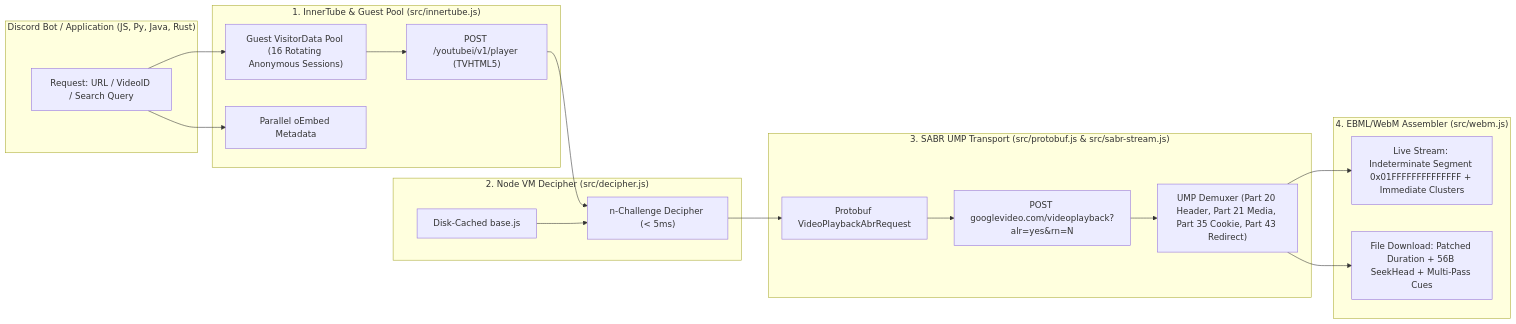
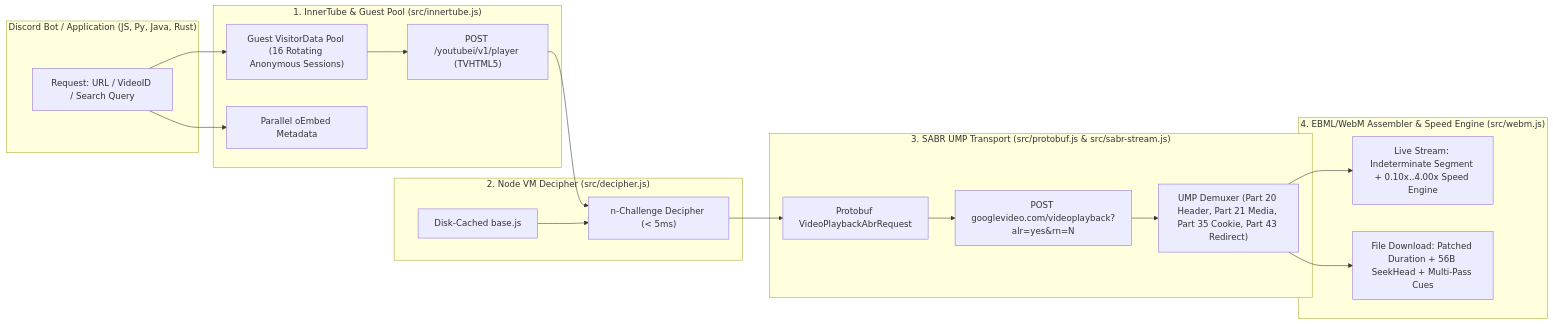
One commit to yt-dlm/ytdlm changed the diagram in README.md. Above: the diagram before and after it, drawn with Mermaid. The commit also changed other lines of this file and 17 other files, not shown here.

````diff
--- a/README.md
+++ b/README.md
@@ -53,35 +54,35 @@
 ```mermaid
 flowchart LR
     subgraph Client["Discord Bot / Application (JS, Py, Java, Rust)"]
         A["Request: URL / VideoID / Search Query"]
     end
 
     subgraph Innertube["1. InnerTube & Guest Pool (src/innertube.js)"]
         B["Guest VisitorData Pool (16 Rotating Anonymous Sessions)"]
         C["POST /youtubei/v1/player (TVHTML5)"]
         D["Parallel oEmbed Metadata"]
     end
 
     subgraph Decipher["2. Node VM Decipher (src/decipher.js)"]
         E["Disk-Cached base.js"]
         F["n-Challenge Decipher (< 5ms)"]
     end
 
     subgraph SABR["3. SABR UMP Transport (src/protobuf.js & src/sabr-stream.js)"]
         G["Protobuf VideoPlaybackAbrRequest"]
         H["POST googlevideo.com/videoplayback?alr=yes&rn=N"]
         I["UMP Demuxer (Part 20 Header, Part 21 Media, Part 35 Cookie, Part 43 Redirect)"]
     end
 
-    subgraph WebM["4. EBML/WebM Assembler (src/webm.js)"]
-        J["Live Stream: Indeterminate Segment 0x01FFFFFFFFFFFFFF + Immediate Clusters"]
+    subgraph WebM["4. EBML/WebM Assembler & Speed Engine (src/webm.js)"]
+        J["Live Stream: Indeterminate Segment + 0.10x..4.00x Speed Engine"]
         K["File Download: Patched Duration + 56B SeekHead + Multi-Pass Cues"]
     end
 
     A --> B & D
     B --> C
     C --> F
     E --> F
     F --> G --> H --> I
     I --> J & K
 ```
````
